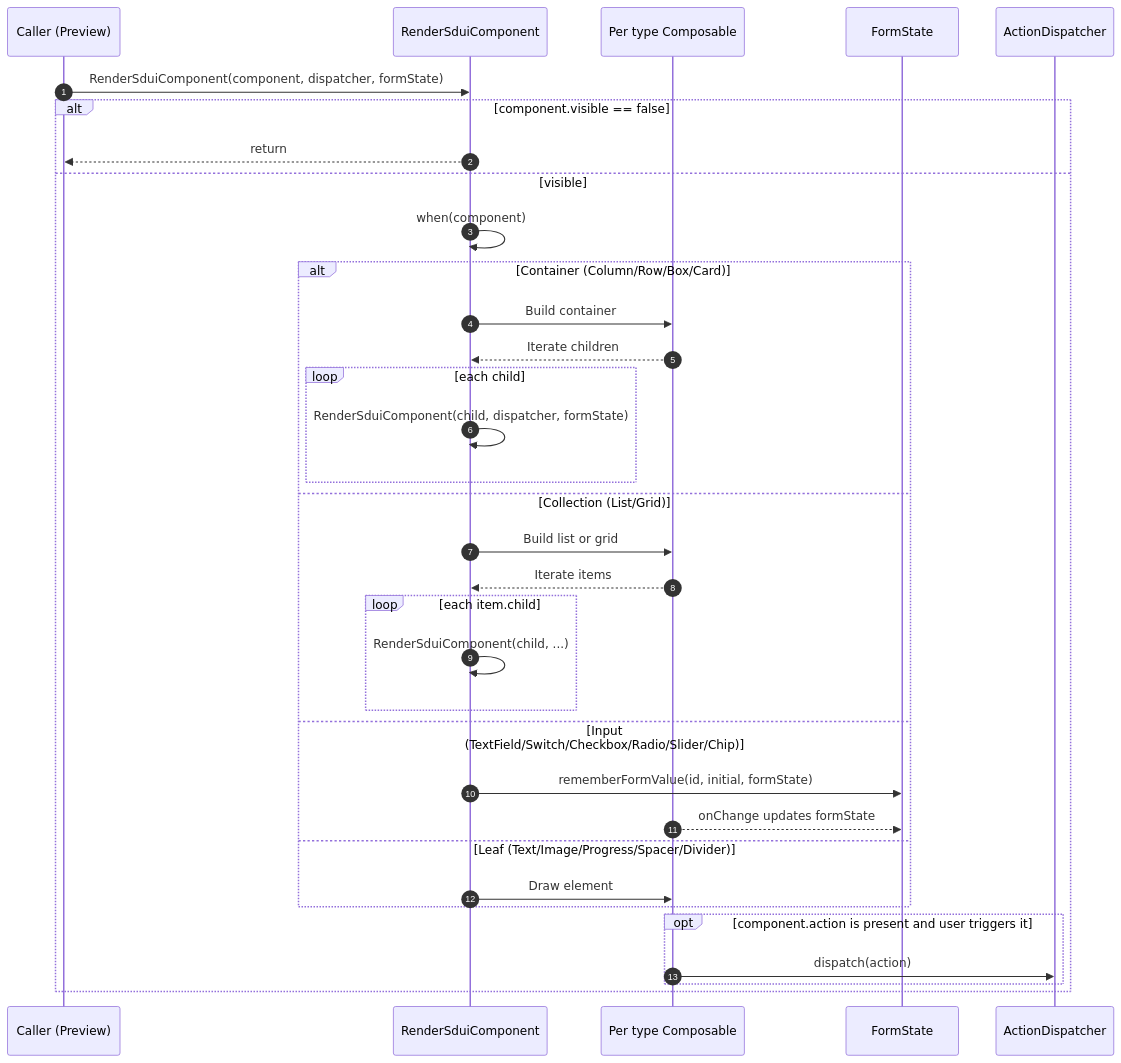
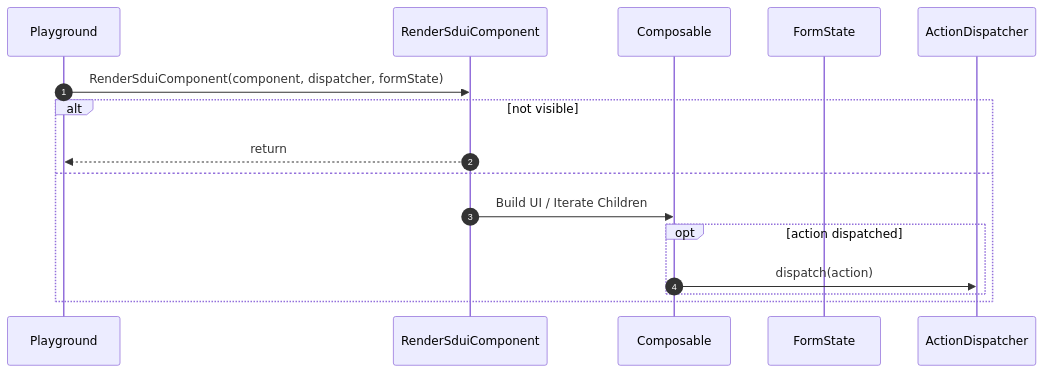
Before and after one commit to AmniX/SDUI.kt: the diagram in README.md, drawn with Mermaid. The commit also changed other lines of this file, not shown here.

````diff
--- a/README.md
+++ b/README.md
@@ -109,38 +92,19 @@
 ```mermaid
 sequenceDiagram
     autonumber
-    participant Call as Caller (Preview)
-    participant R as RenderSduiComponent
-    participant C as Per type Composable
-    participant FS as FormState
-    participant AD as ActionDispatcher
+    participant Playground
+    participant RenderSduiComponent
+    participant Composable
+    participant FormState
+    participant ActionDispatcher
 
-    Call->>R: RenderSduiComponent(component, dispatcher, formState)
-    alt component.visible == false
-      R-->>Call: return
-    else visible
-      R->>R: when(component)
-      alt Container (Column/Row/Box/Card)
-        R->>C: Build container
-        C-->>R: Iterate children
-        loop each child
-          R->>R: RenderSduiComponent(child, dispatcher, formState)
-        end
-      else Collection (List/Grid)
-        R->>C: Build list or grid
-        C-->>R: Iterate items
-        loop each item.child
-          R->>R: RenderSduiComponent(child, ...)
-        end
-      else Input (TextField/Switch/Checkbox/Radio/Slider/Chip)
-        R->>FS: rememberFormValue(id, initial, formState)
-        C-->>FS: onChange updates formState
-      else Leaf (Text/Image/Progress/Spacer/Divider)
-        R->>C: Draw element
-      end
-
-      opt component.action is present and user triggers it
-        C->>AD: dispatch(action)
+    Playground->>RenderSduiComponent: RenderSduiComponent(component, dispatcher, formState)
+    alt not visible
+      RenderSduiComponent-->>Playground: return
+    else
+      RenderSduiComponent->>Composable: Build UI / Iterate Children
+      opt action dispatched
+        Composable->>ActionDispatcher: dispatch(action)
       end
     end
 ```
````
